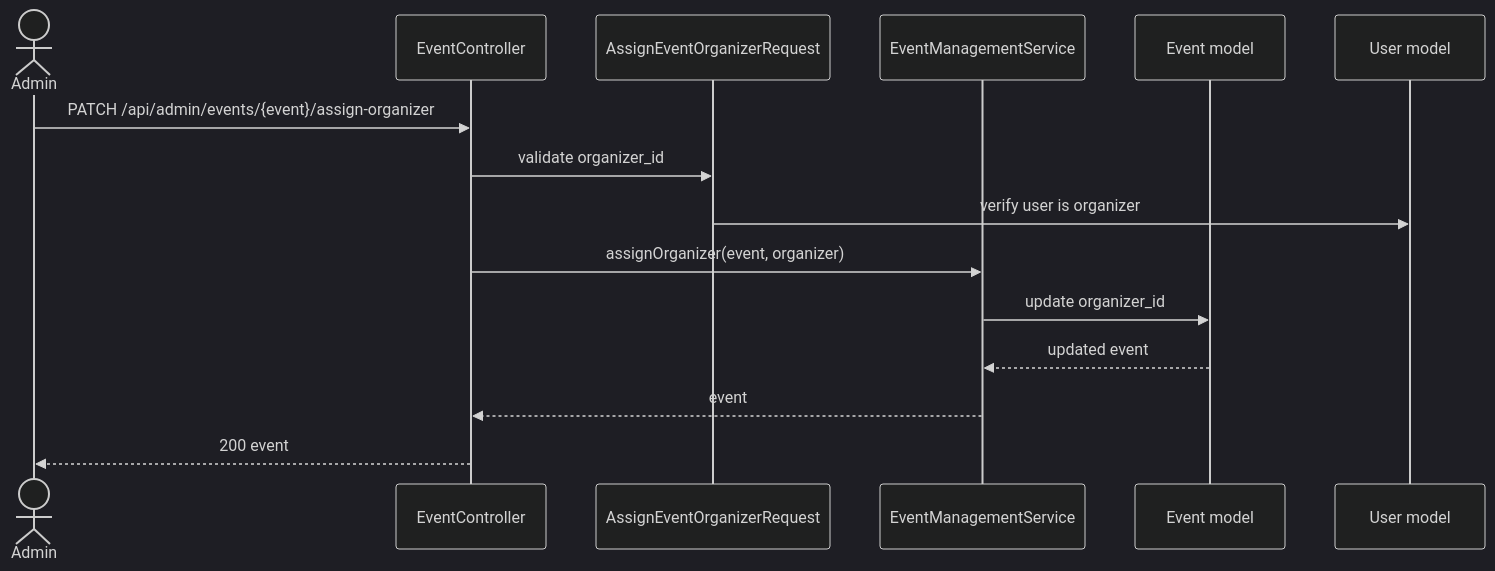
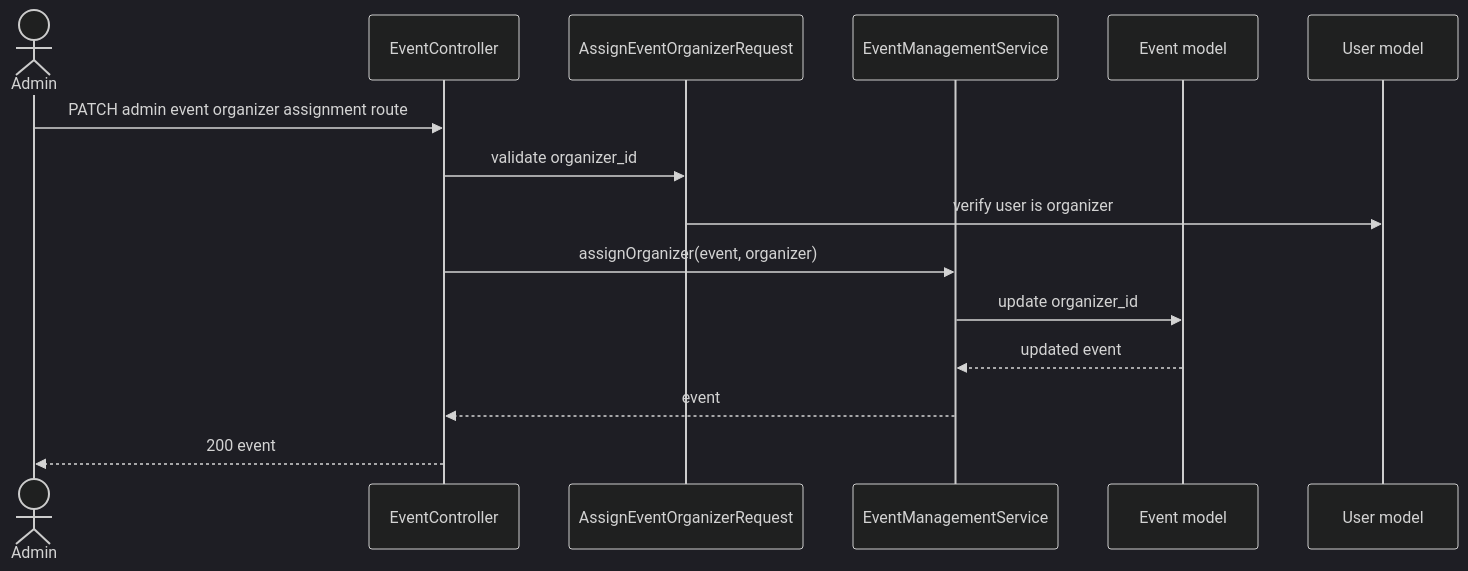
Before and after one commit to AnouarMohamed/Velora: diagram 14 of 34 in backend/docs/uml/workflows.md, drawn with Mermaid (dark theme). The commit also changed other lines of this file and 6 other files, not shown here.

Commit message:
feat(docs): enhance README and UML workflows with detailed backend navigation and API routes

````diff
--- a/backend/docs/uml/workflows.md
+++ b/backend/docs/uml/workflows.md
@@ -326,18 +326,18 @@
 ```mermaid
 sequenceDiagram
     actor Admin
     participant API as EventController
     participant Request as AssignEventOrganizerRequest
     participant Service as EventManagementService
     participant Event as Event model
     participant User as User model
 
-    Admin->>API: PATCH /api/admin/events/{event}/assign-organizer
+    Admin->>API: PATCH admin event organizer assignment route
     API->>Request: validate organizer_id
     Request->>User: verify user is organizer
     API->>Service: assignOrganizer(event, organizer)
     Service->>Event: update organizer_id
     Event-->>Service: updated event
     Service-->>API: event
     API-->>Admin: 200 event
 ```
````
